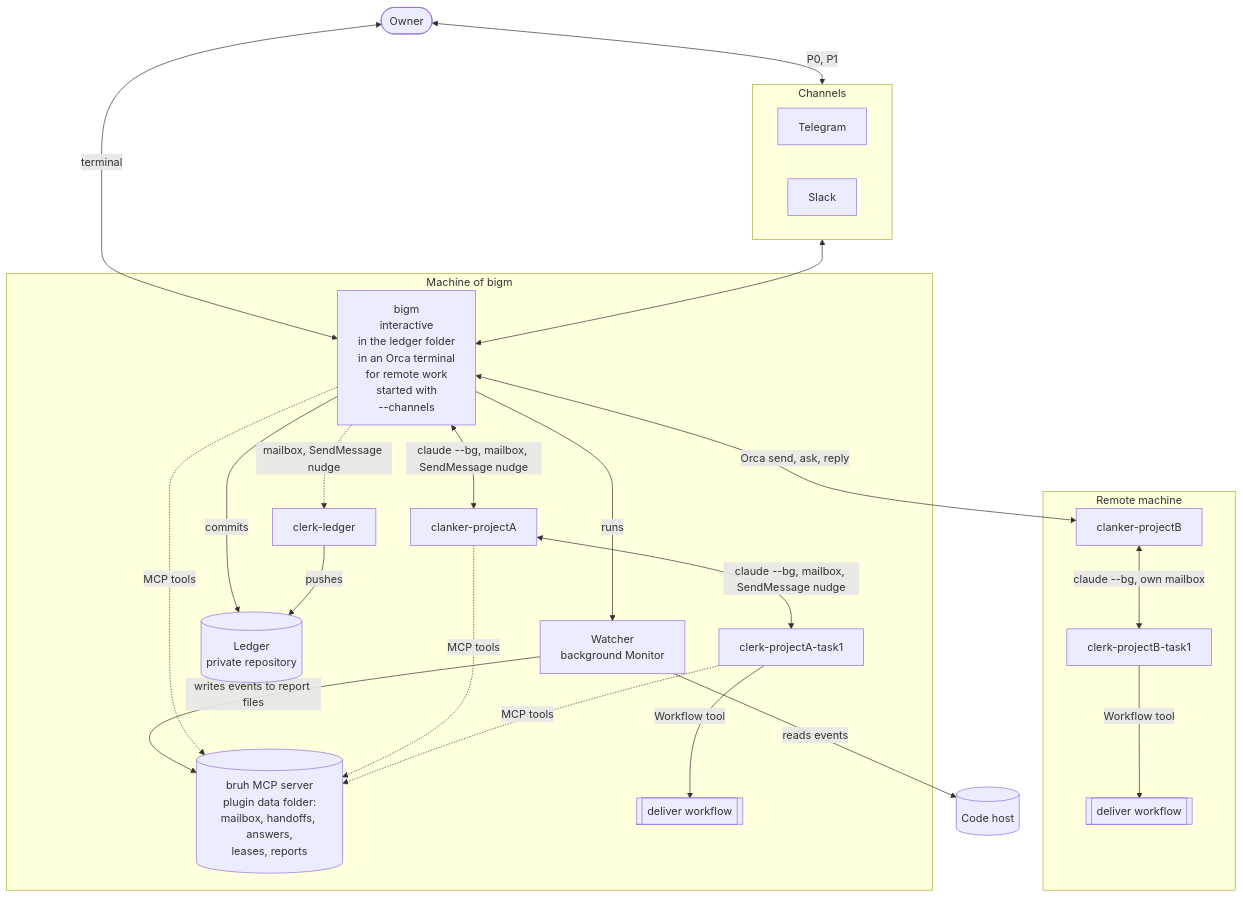
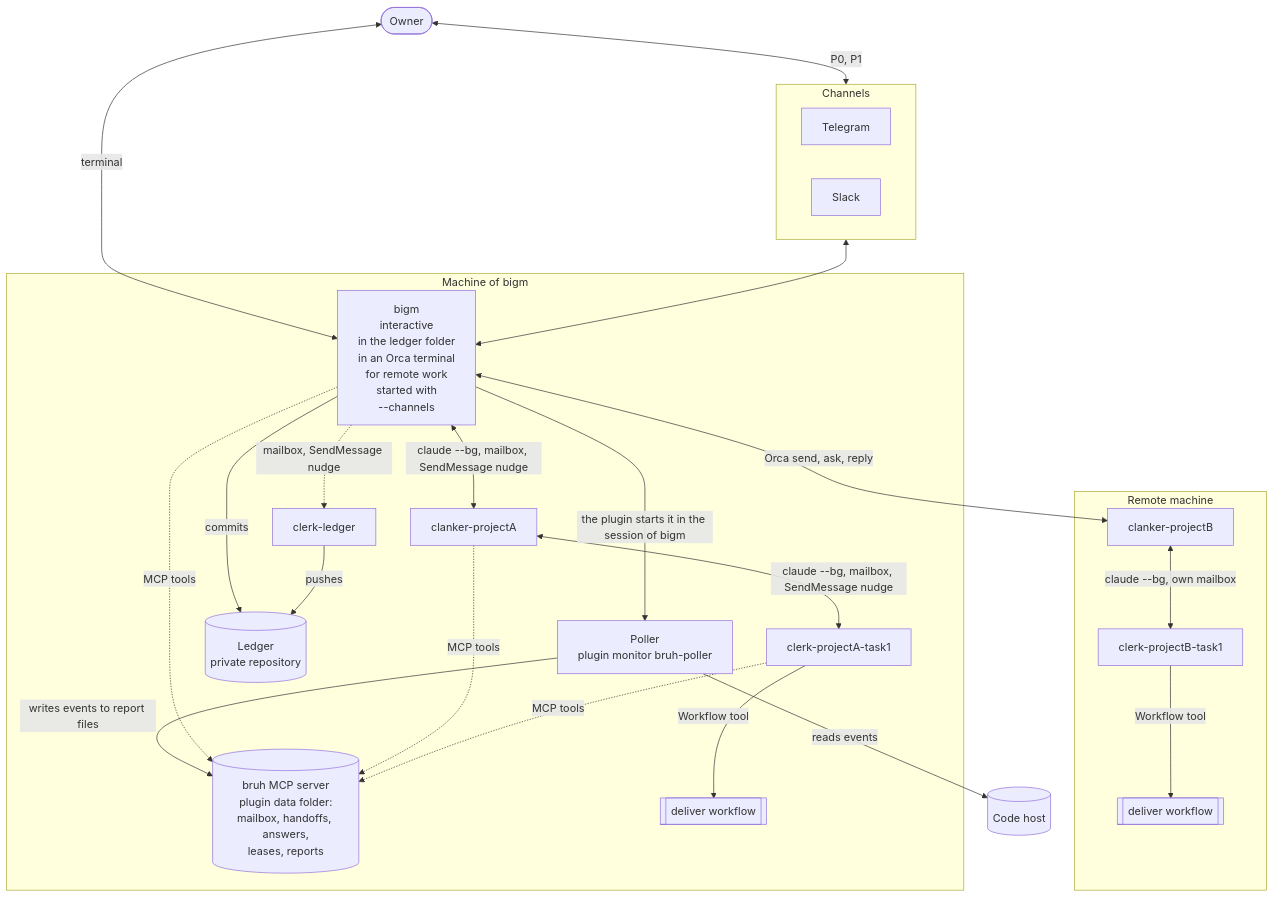
One commit to oter/bruh changed the first of 7 diagrams in docs/flow.md. Above: the diagram before and after it, drawn with Mermaid. The commit also changed other lines of this file and 9 other files, not shown here.

First line of the commit message:
Refuse monitor_start while the poller is down, and fix the monitor docs

````diff
--- a/docs/flow.md
+++ b/docs/flow.md
@@ -19,41 +19,41 @@
 ```mermaid
 flowchart TB
     owner([Owner])
     subgraph chans["Channels"]
         tg["Telegram"]
         sl["Slack"]
     end
     host[("Code host")]
     subgraph local["Machine of bigm"]
         bigm["bigm<br/>interactive<br/>in the ledger folder<br/>in an Orca terminal<br/>for remote work<br/>started with<br/>--channels"]
-        watcher["Watcher<br/>background Monitor"]
+        watcher["Poller<br/>plugin monitor bruh-poller"]
         ledger[("Ledger<br/>private repository")]
         cl["clerk-ledger"]
         mcp[("bruh MCP server<br/>plugin data folder:<br/>mailbox, handoffs, answers,<br/>leases, reports")]
         c1["clanker-projectA"]
         k1["clerk-projectA-task1"]
         w1[["deliver workflow"]]
     end
     subgraph remote["Remote machine"]
         c2["clanker-projectB"]
         k2["clerk-projectB-task1"]
         w2[["deliver workflow"]]
     end
     owner <-->|terminal| bigm
     owner <-->|"P0, P1"| chans
     chans <--> bigm
     bigm -->|commits| ledger
     cl -->|pushes| ledger
-    bigm -->|runs| watcher
+    bigm -->|"the plugin starts it in the session of bigm"| watcher
     watcher -->|reads events| host
     watcher -->|writes events to report files| mcp
     bigm <-->|"claude --bg, mailbox, SendMessage nudge"| c1
     c1 <-->|"claude --bg, mailbox, SendMessage nudge"| k1
     bigm -.->|"mailbox, SendMessage nudge"| cl
     bigm -.->|MCP tools| mcp
     c1 & k1 -.->|MCP tools| mcp
     k1 -->|Workflow tool| w1
     bigm <-->|"Orca send, ask, reply"| c2
     c2 <-->|"claude --bg, own mailbox"| k2
     k2 -->|Workflow tool| w2
 ```
````
